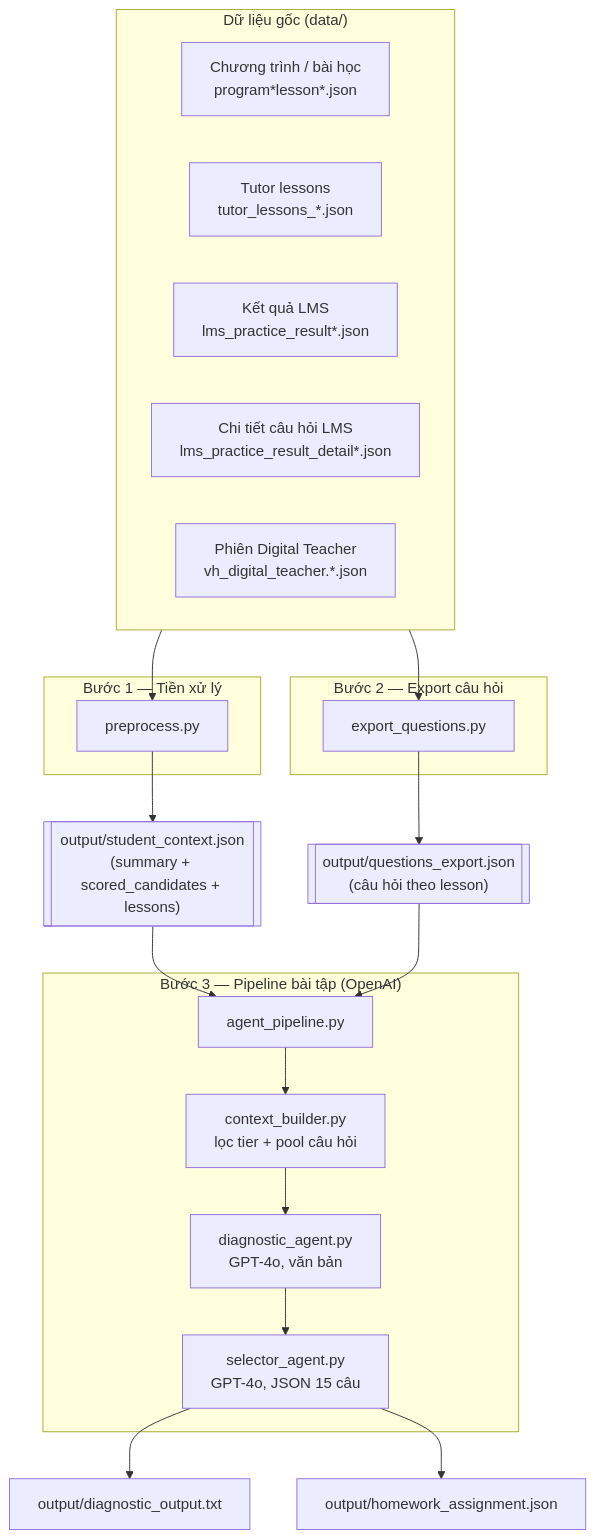
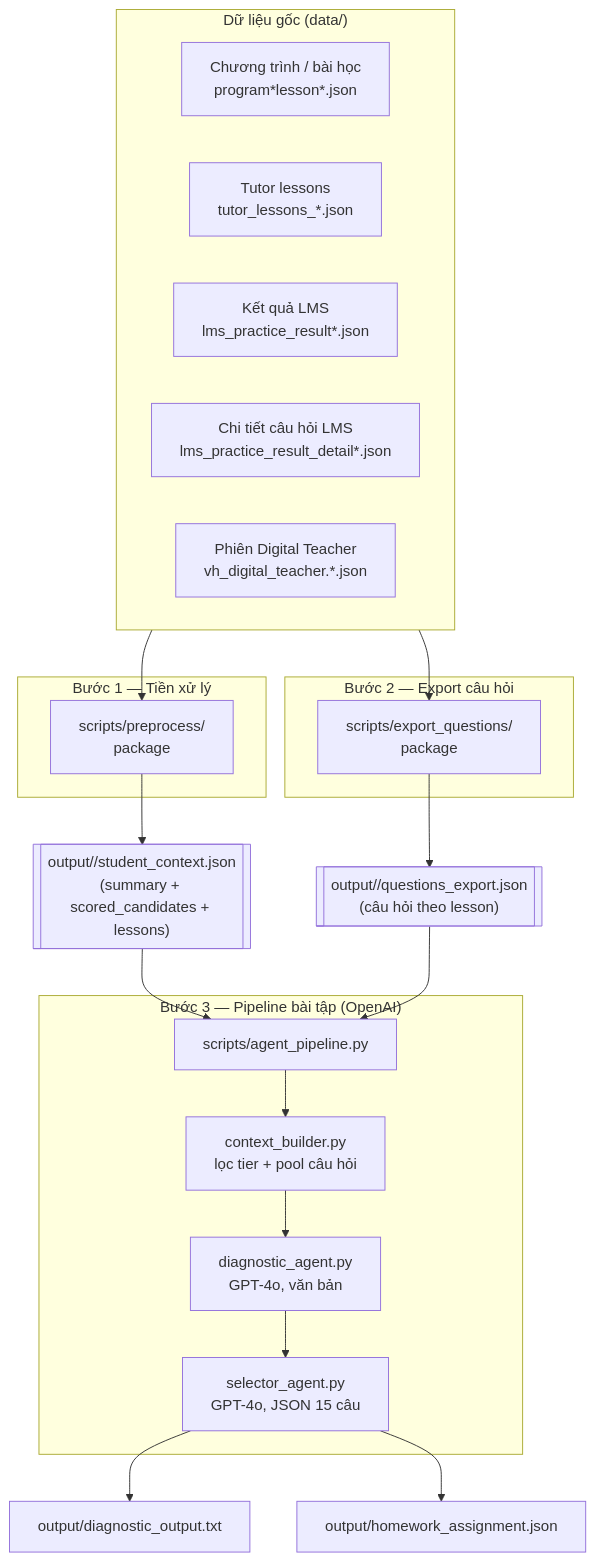
One commit to vinhbestever/learning-flow-phase-0 changed the diagram in docs/tong-hop-he-thong.md. Above: the diagram before and after it, drawn with Mermaid. The commit also changed other lines of this file and 52 other files, not shown here.

````diff
--- a/docs/tong-hop-he-thong.md
+++ b/docs/tong-hop-he-thong.md
@@ -22,36 +22,36 @@
 ```mermaid
 flowchart TB
     subgraph raw["Dữ liệu gốc (data/)"]
         A1[Chương trình / bài học\nprogram*lesson*.json]
         A2[Tutor lessons\ntutor_lessons_*.json]
         A3[Kết quả LMS\nlms_practice_result*.json]
         A4[Chi tiết câu hỏi LMS\nlms_practice_result_detail*.json]
         A5[Phiên Digital Teacher\nvh_digital_teacher.*.json]
     end
 
     subgraph p1["Bước 1 — Tiền xử lý"]
-        P[preprocess.py]
+        P[scripts/preprocess/<br/>package]
     end
 
     subgraph p2["Bước 2 — Export câu hỏi"]
-        E[export_questions.py]
+        E[scripts/export_questions/<br/>package]
     end
 
     subgraph p3["Bước 3 — Pipeline bài tập (OpenAI)"]
         CB[context_builder.py\nlọc tier + pool câu hỏi]
         DA[diagnostic_agent.py\nGPT-4o, văn bản]
         SA[selector_agent.py\nGPT-4o, JSON 15 câu]
-        AP[agent_pipeline.py]
+        AP[scripts/agent_pipeline.py]
     end
 
     raw --> P
-    P --> SC[["output/student_context.json\n(summary + scored_candidates + lessons)"]]
+    P --> SC[["output/<id>/student_context.json\n(summary + scored_candidates + lessons)"]]
     raw --> E
-    E --> QE[["output/questions_export.json\n(câu hỏi theo lesson)"]]
+    E --> QE[["output/<id>/questions_export.json\n(câu hỏi theo lesson)"]]
 
     SC --> AP
     QE --> AP
     AP --> CB --> DA --> SA
     SA --> OUT1[output/diagnostic_output.txt]
     SA --> OUT2[output/homework_assignment.json]
 ```
````
